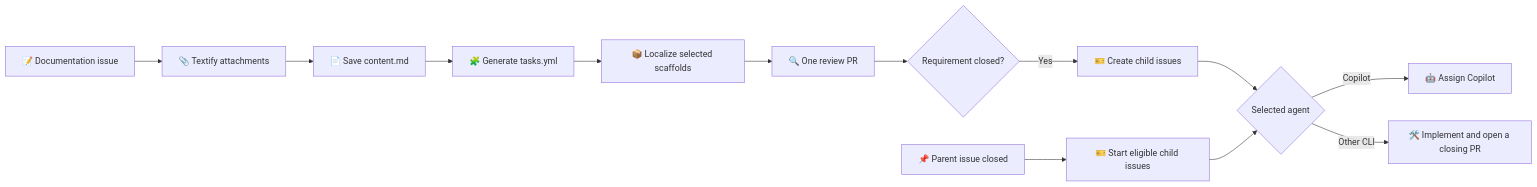
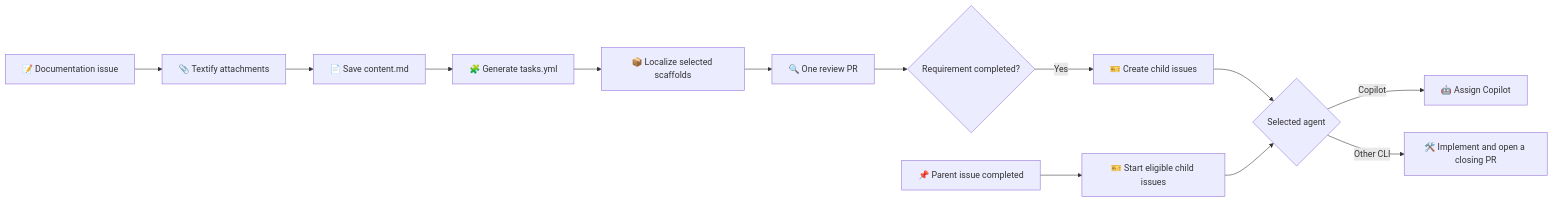
Before and after one commit to idea2app/Web-full-stack: the diagram in ReadMe.md, drawn with Mermaid. The commit also changed other lines of this file and 19 other files, not shown here.

````diff
--- a/ReadMe.md
+++ b/ReadMe.md
@@ -18,15 +18,15 @@
 ```mermaid
 flowchart LR
     Issue[📝 Documentation issue] --> Intake[📎 Textify attachments]
     Intake --> Markdown[📄 Save content.md]
     Markdown --> Split[🧩 Generate tasks.yml]
     Split --> Vendor[📦 Localize selected scaffolds]
     Vendor --> Review[🔍 One review PR]
-    Review --> Closed{Requirement closed?}
+    Review --> Closed{Requirement completed?}
     Closed -->|Yes| Children[🎫 Create child issues]
     Children --> Agent{Selected agent}
     Agent -->|Copilot| Assign[🤖 Assign Copilot]
     Agent -->|Other CLI| Implement[🛠️ Implement and open a closing PR]
-    Parent[📌 Parent issue closed] --> ChildrenIssue[🎫 Start eligible child issues]
+    Parent[📌 Parent issue completed] --> ChildrenIssue[🎫 Start eligible child issues]
     ChildrenIssue --> Agent
 ```
````
